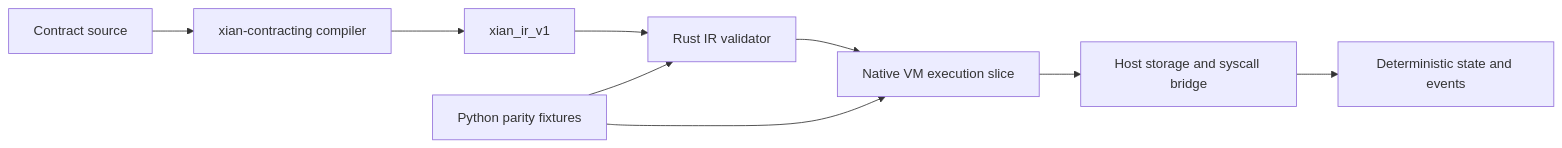
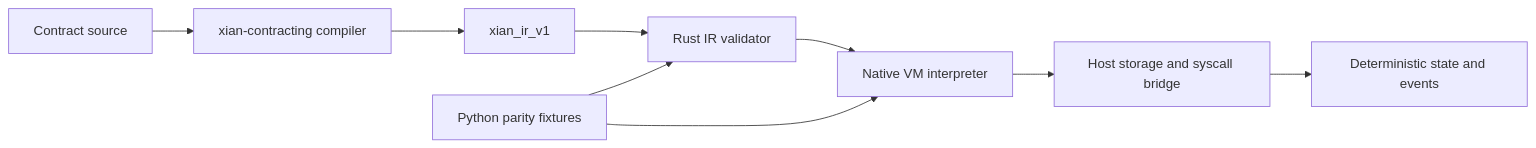
The diagram in packages/xian-vm-core/README.md (xian-technology/xian-contracting), drawn with Mermaid before and after one commit. The commit also changed other lines of this file and 2 other files, not shown here.

Commit message:
Show profile selection and source installation for the native V2 harness

````diff
--- a/packages/xian-vm-core/README.md
+++ b/packages/xian-vm-core/README.md
@@ -5,11 +5,11 @@
 ```mermaid
 flowchart LR
   Source["Contract source"] --> Compiler["xian-contracting compiler"]
   Compiler --> IR["xian_ir_v1"]
   IR --> Validator["Rust IR validator"]
-  Validator --> VM["Native VM execution slice"]
+  Validator --> VM["Native VM interpreter"]
   VM --> Host["Host storage and syscall bridge"]
   Host --> State["Deterministic state and events"]
   Fixtures["Python parity fixtures"] --> Validator
   Fixtures --> VM
 ```
````
